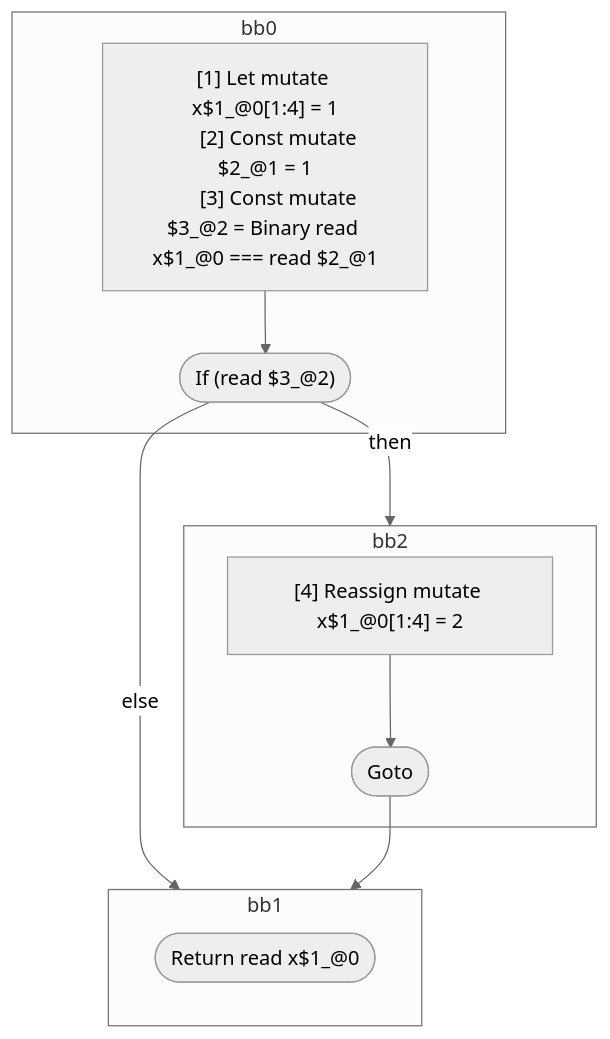
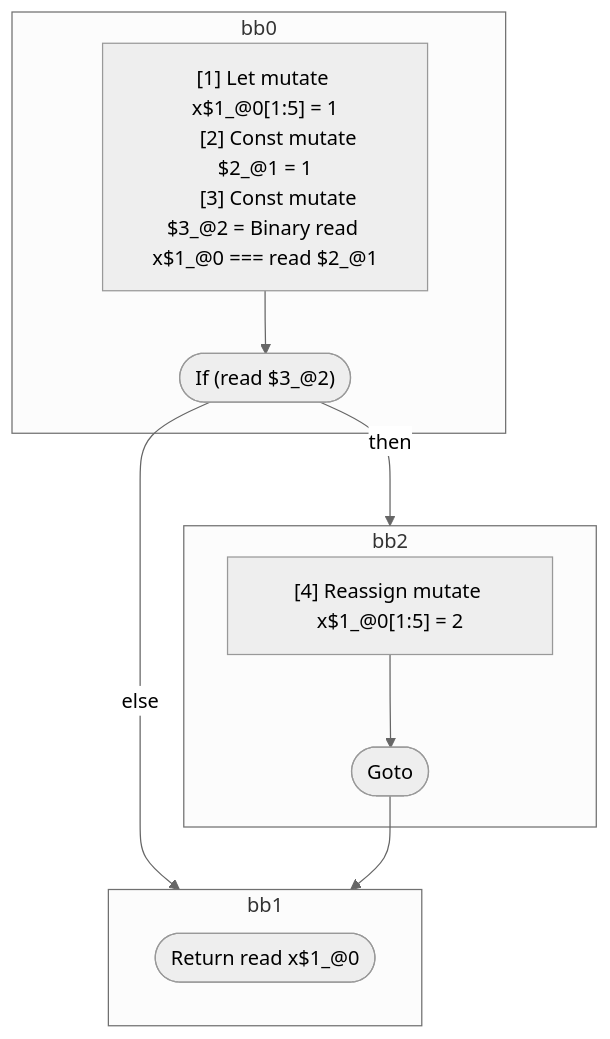
One commit to wutsmog/private changed the diagram in compiler/forget/src/__tests__/fixtures/hir/ssa-return.expect.md. Above: the diagram before and after it, drawn with Mermaid (neutral theme). The commit also changed other lines of this file and 45 other files, not shown here.

````diff
--- a/compiler/forget/src/__tests__/fixtures/hir/ssa-return.expect.md
+++ b/compiler/forget/src/__tests__/fixtures/hir/ssa-return.expect.md
@@ -35,27 +35,27 @@
 ```mermaid
 flowchart TB
   %% Basic Blocks
   subgraph bb0
     bb0_instrs["
-      [1] Let mutate x$1_@0[1:4] = 1
+      [1] Let mutate x$1_@0[1:5] = 1
       [2] Const mutate $2_@1 = 1
       [3] Const mutate $3_@2 = Binary read x$1_@0 === read $2_@1
     "]
     bb0_instrs --> bb0_terminal(["If (read $3_@2)"])
   end
   subgraph bb2
     bb2_instrs["
-      [4] Reassign mutate x$1_@0[1:4] = 2
+      [4] Reassign mutate x$1_@0[1:5] = 2
     "]
     bb2_instrs --> bb2_terminal(["Goto"])
   end
   subgraph bb1
     bb1_terminal(["Return read x$1_@0"])
   end
 
   %% Jumps
   bb0_terminal -- "then" --> bb2
   bb0_terminal -- "else" --> bb1
   bb2_terminal --> bb1
 
 ```
````
